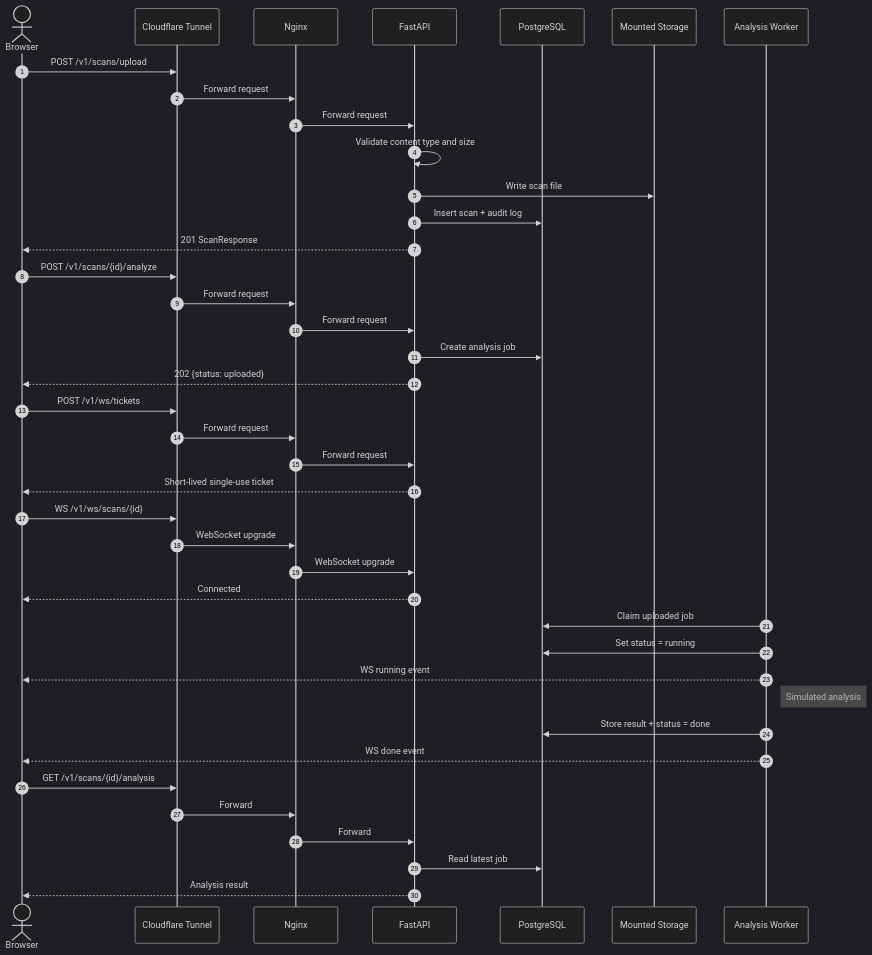
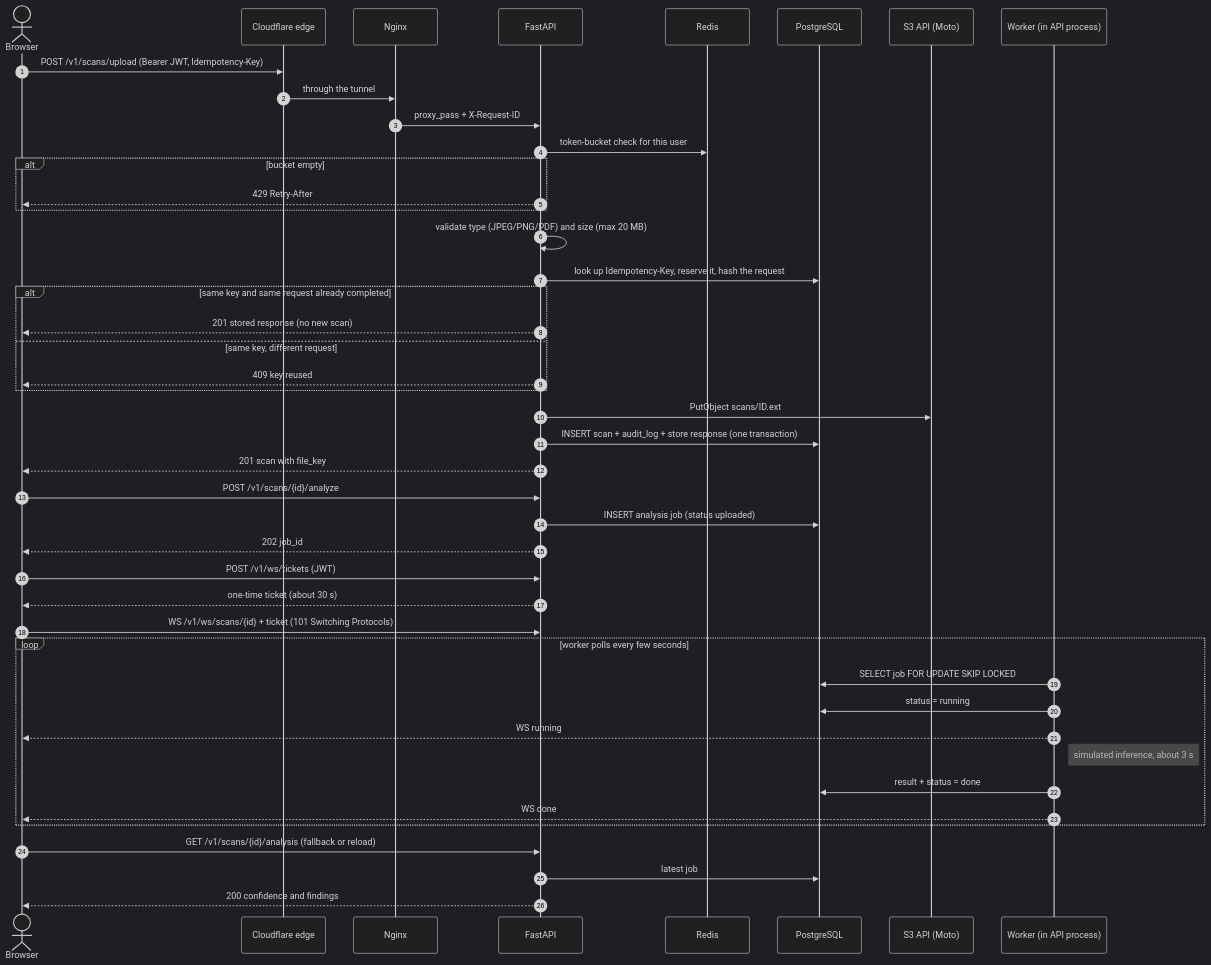
Before and after one commit to Atri-0342/intern-training: the third of 5 diagrams in docs/architecture.md, drawn with Mermaid (dark theme). The commit also changed other lines of this file and 6 other files, not shown here.

````diff
--- a/docs/architecture.md
+++ b/docs/architecture.md
@@ -735,52 +139,51 @@
 ```mermaid
 sequenceDiagram
     autonumber
-
     actor B as Browser
-    participant CF as Cloudflare Tunnel
+    participant CF as Cloudflare edge
     participant N as Nginx
     participant A as FastAPI
+    participant R as Redis
     participant DB as PostgreSQL
-    participant FS as Mounted Storage
-    participant W as Analysis Worker
+    participant S as S3 API (Moto)
+    participant W as Worker (in API process)
 
-    B->>CF: POST /v1/scans/upload
-    CF->>N: Forward request
-    N->>A: Forward request
+    B->>CF: POST /v1/scans/upload (Bearer JWT, Idempotency-Key)
+    CF->>N: through the tunnel
+    N->>A: proxy_pass + X-Request-ID
+    A->>R: token-bucket check for this user
+    alt bucket empty
+        A-->>B: 429 Retry-After
+    end
+    A->>A: validate type (JPEG/PNG/PDF) and size (max 20 MB)
+    A->>DB: look up Idempotency-Key, reserve it, hash the request
+    alt same key and same request already completed
+        A-->>B: 201 stored response (no new scan)
+    else same key, different request
+        A-->>B: 409 key reused
+    end
+    A->>S: PutObject scans/ID.ext
+    A->>DB: INSERT scan + audit_log + store response (one transaction)
+    A-->>B: 201 scan with file_key
 
-    A->>A: Validate content type and size
-    A->>FS: Write scan file
-    A->>DB: Insert scan + audit log
-    A-->>B: 201 ScanResponse
+    B->>A: POST /v1/scans/{id}/analyze
+    A->>DB: INSERT analysis job (status uploaded)
+    A-->>B: 202 job_id
 
-    B->>CF: POST /v1/scans/{id}/analyze
-    CF->>N: Forward request
-    N->>A: Forward request
-    A->>DB: Create analysis job
-    A-->>B: 202 {status: uploaded}
+    B->>A: POST /v1/ws/tickets (JWT)
+    A-->>B: one-time ticket (about 30 s)
+    B->>A: WS /v1/ws/scans/{id} + ticket (101 Switching Protocols)
 
-    B->>CF: POST /v1/ws/tickets
-    CF->>N: Forward request
-    N->>A: Forward request
-    A-->>B: Short-lived single-use ticket
+    loop worker polls every few seconds
+        W->>DB: SELECT job FOR UPDATE SKIP LOCKED
+        W->>DB: status = running
+        W-->>B: WS running
+        Note right of W: simulated inference, about 3 s
+        W->>DB: result + status = done
+        W-->>B: WS done
+    end
 
-    B->>CF: WS /v1/ws/scans/{id}
-    CF->>N: WebSocket upgrade
-    N->>A: WebSocket upgrade
-    A-->>B: Connected
-
-    W->>DB: Claim uploaded job
-    W->>DB: Set status = running
-    W-->>B: WS running event
-
-    Note right of W: Simulated analysis
-
-    W->>DB: Store result + status = done
-    W-->>B: WS done event
-
-    B->>CF: GET /v1/scans/{id}/analysis
-    CF->>N: Forward
-    N->>A: Forward
-    A->>DB: Read latest job
-    A-->>B: Analysis result
+    B->>A: GET /v1/scans/{id}/analysis (fallback or reload)
+    A->>DB: latest job
+    A-->>B: 200 confidence and findings
 ```
````
